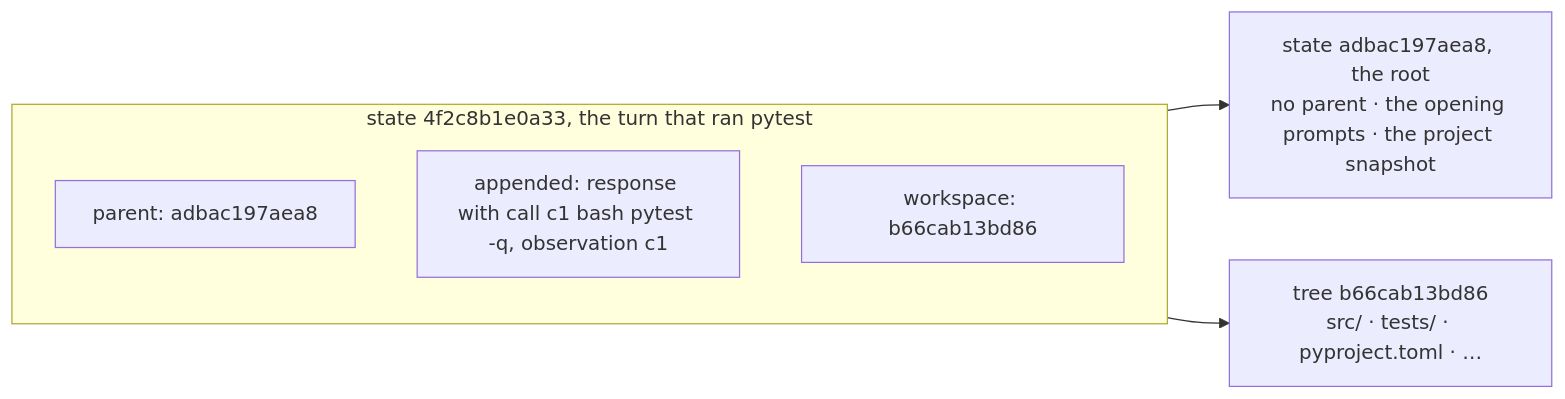
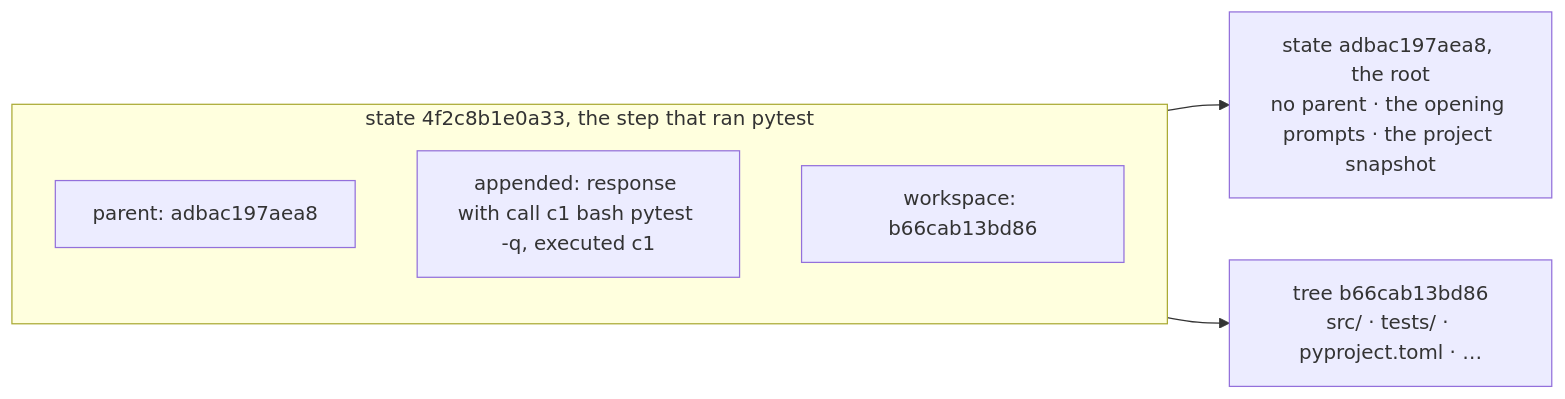
One commit to pku-xht/alaya changed the first of 9 diagrams in docs/trajectory-schema.md. Above: the diagram before and after it, drawn with Mermaid. The commit also changed other lines of this file and 48 other files, not shown here.

````diff
--- a/docs/trajectory-schema.md
+++ b/docs/trajectory-schema.md
@@ -47,13 +48,13 @@
 ```mermaid
 flowchart LR
-  subgraph S["state 4f2c8b1e0a33, the turn that ran pytest"]
+  subgraph S["state 4f2c8b1e0a33, the step that ran pytest"]
     direction TB
     P["parent: adbac197aea8"]
-    A["appended: response with call c1 bash pytest -q, observation c1"]
+    A["appended: response with call c1 bash pytest -q, executed c1"]
     E["workspace: b66cab13bd86"]
   end
   Parent["state adbac197aea8, the root<br/>no parent · the opening prompts · the project snapshot"]
   Tree["tree b66cab13bd86<br/>src/ · tests/ · pyproject.toml · …"]
   P --> Parent
   E --> Tree
 ```
````
